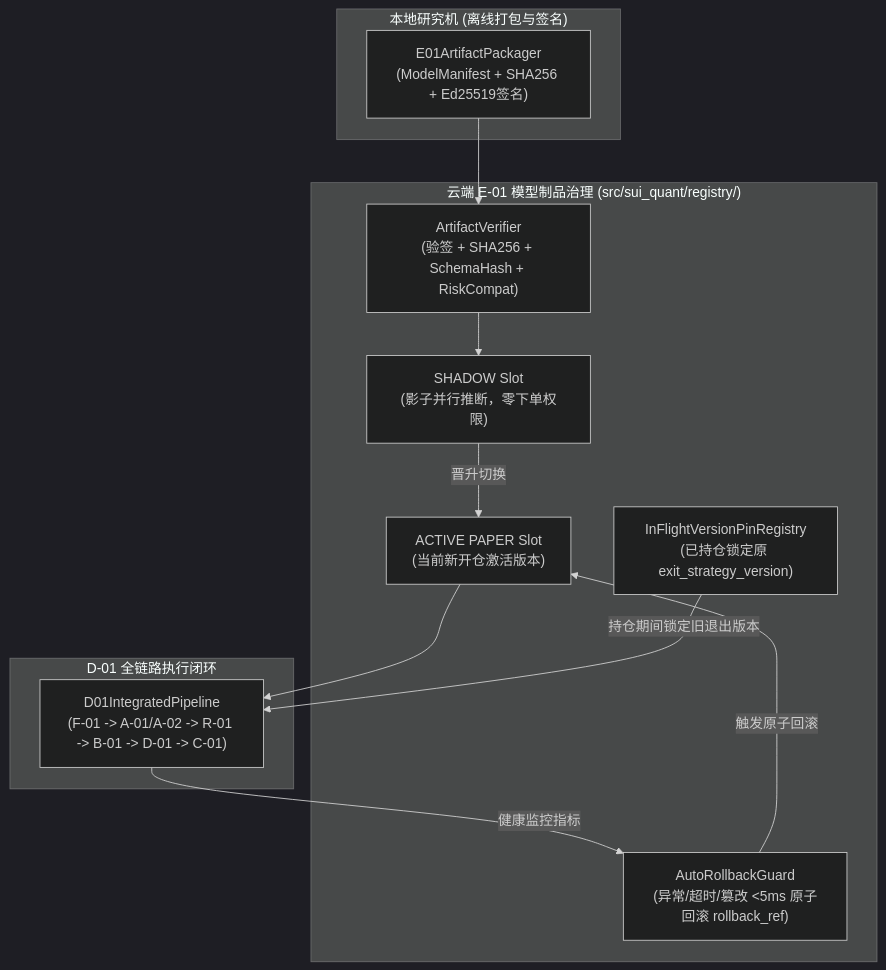
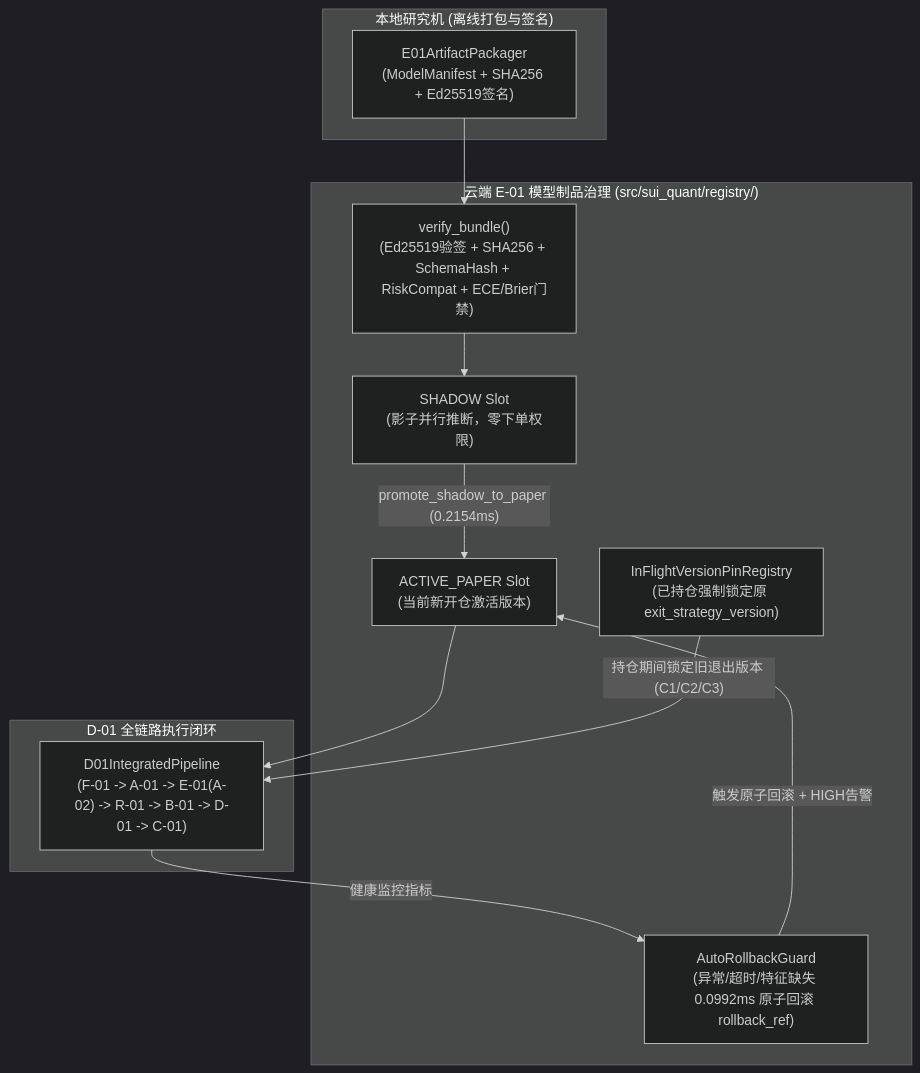
Before and after one commit to xl246122-sys/OBR-SUI: the diagram in docs/P6_PLAN.md, drawn with Mermaid (dark theme). The commit also changed other lines of this file and 9 other files, not shown here.

Commit message:
feat(p6): implement E-01 signed model registry, SHADOW->PAPER atomic promotion, auto-rollback, in-flight version pinning, D01IntegratedPipeline, and P7_PLAN

````diff
--- a/docs/P6_PLAN.md
+++ b/docs/P6_PLAN.md
@@ -46,26 +49,26 @@
 ```mermaid
 flowchart TB
   subgraph LOCAL_WIN["本地研究机 (离线打包与签名)"]
     PACK["E01ArtifactPackager\n(ModelManifest + SHA256 + Ed25519签名)"]
   end
 
   subgraph CLOUD_REG["云端 E-01 模型制品治理 (src/sui_quant/registry/)"]
-    VER["ArtifactVerifier\n(验签 + SHA256 + SchemaHash + RiskCompat)"]
+    VER["verify_bundle()\n(Ed25519验签 + SHA256 + SchemaHash + RiskCompat + ECE/Brier门禁)"]
     SHAD["SHADOW Slot\n(影子并行推断，零下单权限)"]
-    ACT["ACTIVE PAPER Slot\n(当前新开仓激活版本)"]
-    PIN["InFlightVersionPinRegistry\n(已持仓锁定原 exit_strategy_version)"]
-    RB["AutoRollbackGuard\n(异常/超时/篡改 <5ms 原子回滚 rollback_ref)"]
+    ACT["ACTIVE_PAPER Slot\n(当前新开仓激活版本)"]
+    PIN["InFlightVersionPinRegistry\n(已持仓强制锁定原 exit_strategy_version)"]
+    RB["AutoRollbackGuard\n(异常/超时/特征缺失 0.0992ms 原子回滚 rollback_ref)"]
   end
 
   subgraph PIPELINE["D-01 全链路执行闭环"]
-    D01["D01IntegratedPipeline\n(F-01 -> A-01/A-02 -> R-01 -> B-01 -> D-01 -> C-01)"]
+    D01["D01IntegratedPipeline\n(F-01 -> A-01 -> E-01(A-02) -> R-01 -> B-01 -> D-01 -> C-01)"]
   end
 
   PACK --> VER
   VER --> SHAD
-  SHAD -->|"晋升切换"| ACT
+  SHAD -->|"promote_shadow_to_paper (0.2154ms)"| ACT
   ACT --> D01
-  PIN -->|"持仓期间锁定旧退出版本"| D01
+  PIN -->|"持仓期间锁定旧退出版本 (C1/C2/C3)"| D01
   D01 -->|"健康监控指标"| RB
-  RB -->|"触发原子回滚"| ACT
+  RB -->|"触发原子回滚 + HIGH告警"| ACT
 ```
````
